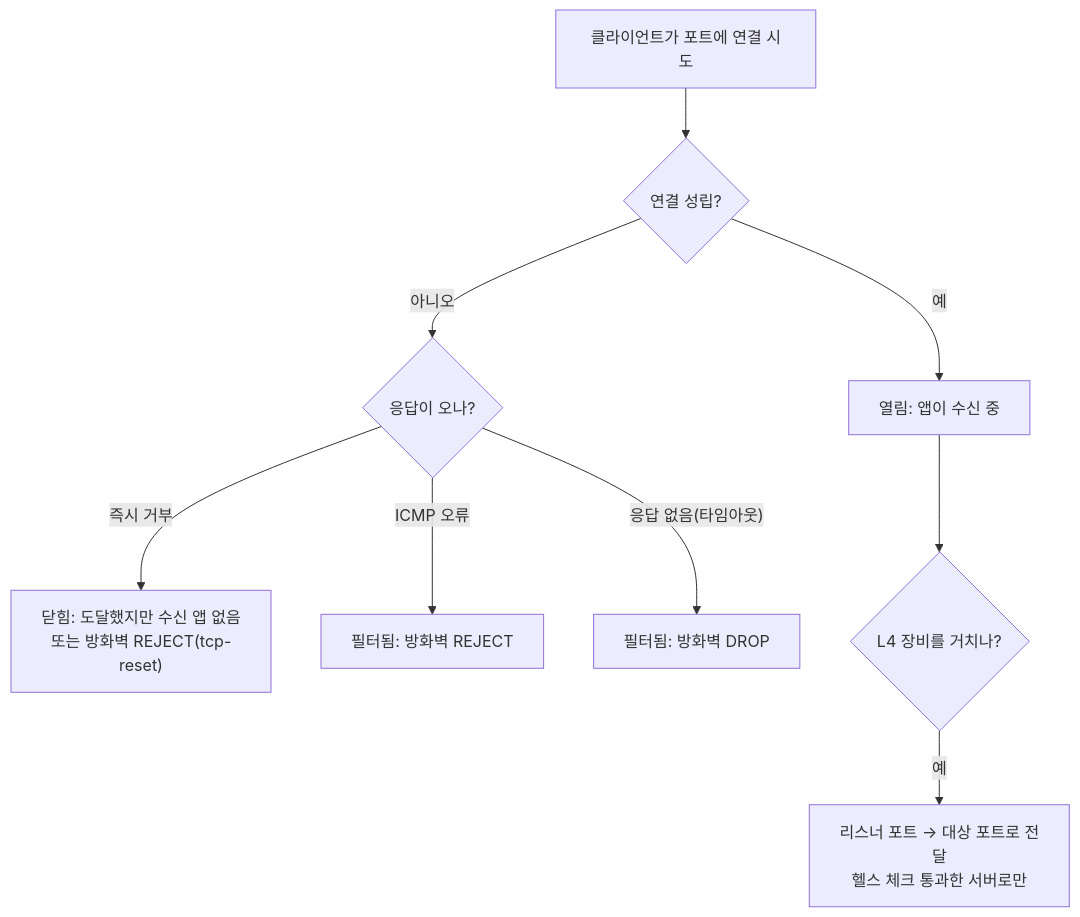
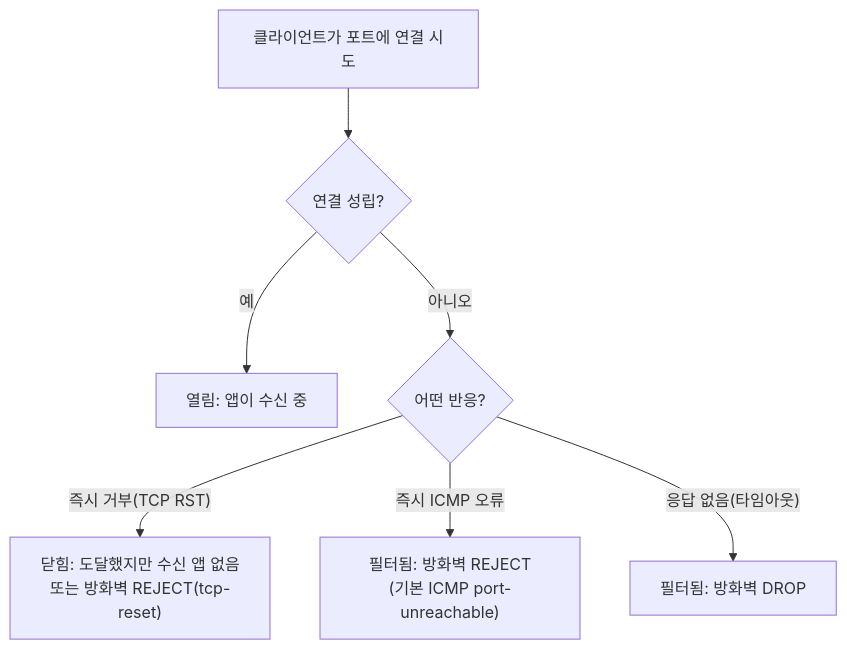
Before and after one commit to THproger13/til-vault: the first of 2 diagrams in 10-concepts/L4 포트 오픈 여부와 방화벽 상태.md, drawn with Mermaid. The commit also changed other lines of this file, not shown here.

Commit message:
[claude] L4 포트 노트 도표를 포트 상태 판단과 L4 두 구간으로 분리
Claude-Session: https://claude.ai/code/session_01D37UwDmLYg9dXWM5X4iaVJ

````diff
--- a/10-concepts/L4 포트 오픈 여부와 방화벽 상태.md
+++ b/10-concepts/L4 포트 오픈 여부와 방화벽 상태.md
@@ -72,11 +73,10 @@
 ```mermaid
 flowchart TB
+  %% 근거: "## 답" 표의 Nmap 포트 상태 정의, iptables REJECT 문서
   S["클라이언트가 포트에 연결 시도"] --> A{"연결 성립?"}
   A -->|예| O["열림: 앱이 수신 중"]
-  A -->|아니오| B{"응답이 오나?"}
-  B -->|"즉시 거부"| CL["닫힘: 도달했지만 수신 앱 없음<br/>또는 방화벽 REJECT(tcp-reset)"]
-  B -->|"ICMP 오류"| RJ["필터됨: 방화벽 REJECT"]
+  A -->|아니오| B{"어떤 반응?"}
+  B -->|"즉시 거부(TCP RST)"| CL["닫힘: 도달했지만 수신 앱 없음<br/>또는 방화벽 REJECT(tcp-reset)"]
+  B -->|"즉시 ICMP 오류"| RJ["필터됨: 방화벽 REJECT<br/>(기본 ICMP port-unreachable)"]
   B -->|"응답 없음(타임아웃)"| DR["필터됨: 방화벽 DROP"]
-  O --> L4{"L4 장비를 거치나?"}
-  L4 -->|예| HC["리스너 포트 → 대상 포트로 전달<br/>헬스 체크 통과한 서버로만"]
 ```
````
